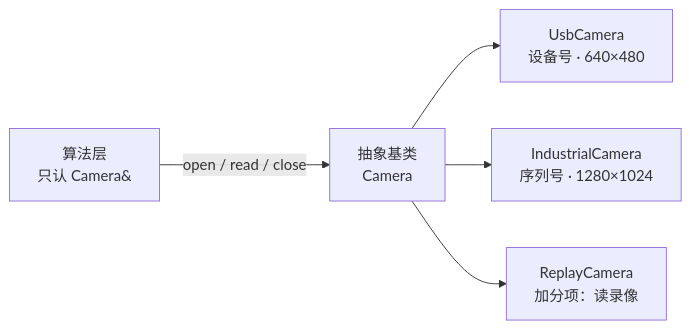
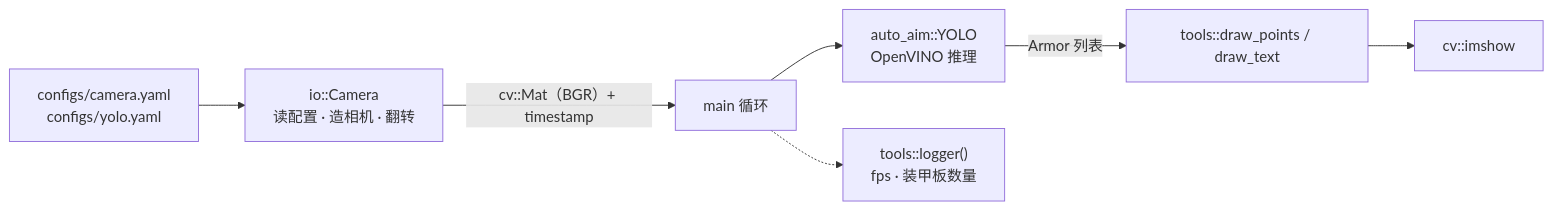
The diagram in tutorial_2/homework_2.md (SPR-Algorithm/SPR_Vision_Tutorial_27), drawn with Mermaid before and after one commit. The commit also changed other lines of this file, not shown here.

````diff
--- a/tutorial_2/homework_2.md
+++ b/tutorial_2/homework_2.md
@@ -13,7 +37,9 @@
 ```mermaid
 flowchart LR
-    A["算法层<br/>只认 Camera&"] -->|open / read / close| I["抽象基类<br/>Camera"]
-    I --> U["UsbCamera<br/>设备号 · 640×480"]
-    I --> N["IndustrialCamera<br/>序列号 · 1280×1024"]
-    I --> R["ReplayCamera<br/>加分项：读录像"]
+    CFG["configs/camera.yaml<br/>configs/yolo.yaml"] --> CAM["io::Camera<br/>读配置 · 造相机 · 翻转"]
+    CAM -->|"cv::Mat（BGR）+ timestamp"| MAIN["main 循环"]
+    MAIN --> DET["auto_aim::YOLO<br/>OpenVINO 推理"]
+    DET -->|"Armor 列表"| DRAW["tools::draw_points / draw_text"]
+    DRAW --> SHOW["cv::imshow"]
+    MAIN -.-> LOG["tools::logger()<br/>fps · 装甲板数量"]
 ```
````
